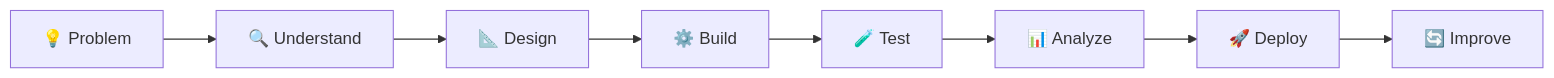
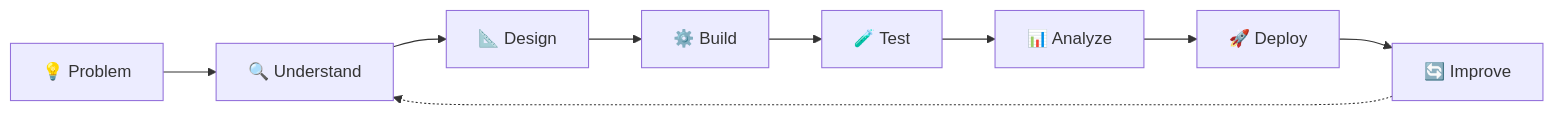
One commit to veerendrakalyanbabu-VKB/veerendrakalyanbabu-VKB changed the fifth of 5 diagrams in README.md. Above: the diagram before and after it, drawn with Mermaid. The commit also changed other lines of this file, not shown here.

````diff
--- a/README.md
+++ b/README.md
@@ -231,10 +225,11 @@
 ```mermaid
 flowchart LR
     A[💡 Problem] --> B[🔍 Understand]
     B --> C[📐 Design]
     C --> D[⚙️ Build]
     D --> E[🧪 Test]
     E --> F[📊 Analyze]
     F --> G[🚀 Deploy]
     G --> H[🔄 Improve]
+    H -.-> B
 ```
````
